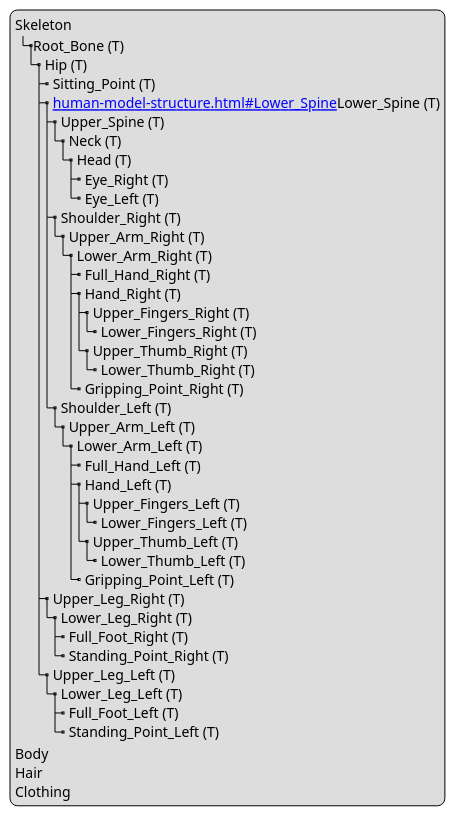
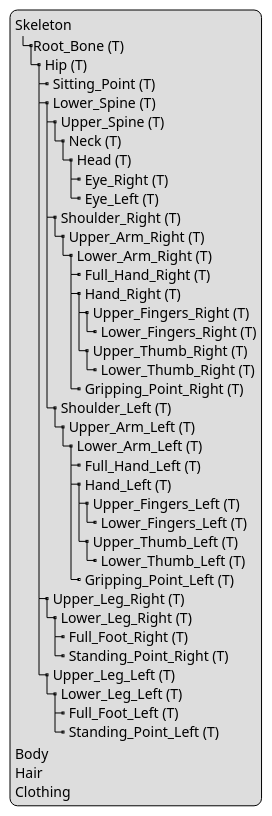
One commit to martinfiebig/OpenMATERIAL changed the diagram in content/geometry/object-human/human-model-structure.adoc. Above: the diagram before and after it, drawn with PlantUML. The commit also changed 1 other file, not shown here.

Commit message:
no message

```diff
--- a/content/geometry/object-human/human-model-structure.adoc
+++ b/content/geometry/object-human/human-model-structure.adoc
@@ -5,46 +5,46 @@
 [plantuml]
 ----
 legend
 Skeleton
 |_Root_Bone (T)
   |_ Hip (T)
     |_ Sitting_Point (T)
-    |_ [[human-model-structure.html#Lower_Spine]]Lower_Spine (T)
+    |_ Lower_Spine (T)
       |_ Upper_Spine (T)
         |_ Neck (T)
           |_ Head (T)
             |_ Eye_Right (T)
             |_ Eye_Left (T)
       |_ Shoulder_Right (T)
         |_ Upper_Arm_Right (T)
           |_ Lower_Arm_Right (T)
             |_ Full_Hand_Right (T)
             |_ Hand_Right (T)
               |_ Upper_Fingers_Right (T)
                 |_ Lower_Fingers_Right (T)
               |_ Upper_Thumb_Right (T)
                 |_ Lower_Thumb_Right (T)
             |_ Gripping_Point_Right (T)
       |_ Shoulder_Left (T)
         |_ Upper_Arm_Left (T)
           |_ Lower_Arm_Left (T)
             |_ Full_Hand_Left (T)
             |_ Hand_Left (T)
               |_ Upper_Fingers_Left (T)
                 |_ Lower_Fingers_Left (T)
               |_ Upper_Thumb_Left (T)
                 |_ Lower_Thumb_Left (T)
             |_ Gripping_Point_Left (T)
     |_ Upper_Leg_Right (T)
       |_ Lower_Leg_Right (T)
         |_ Full_Foot_Right (T)
         |_ Standing_Point_Right (T)
     |_ Upper_Leg_Left (T)
       |_ Lower_Leg_Left (T)
         |_ Full_Foot_Left (T)
         |_ Standing_Point_Left (T)
 Body
 Hair
 Clothing
 end legend
 ----
```
